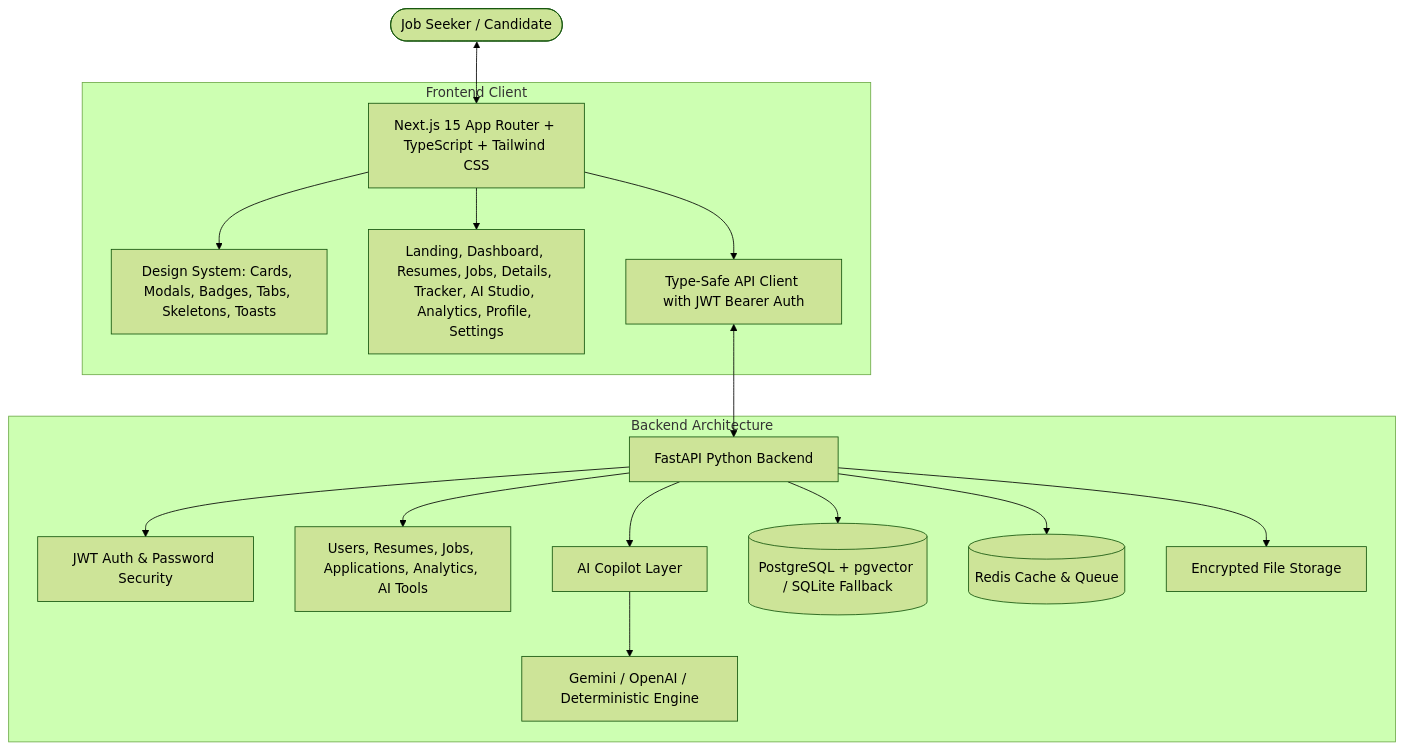
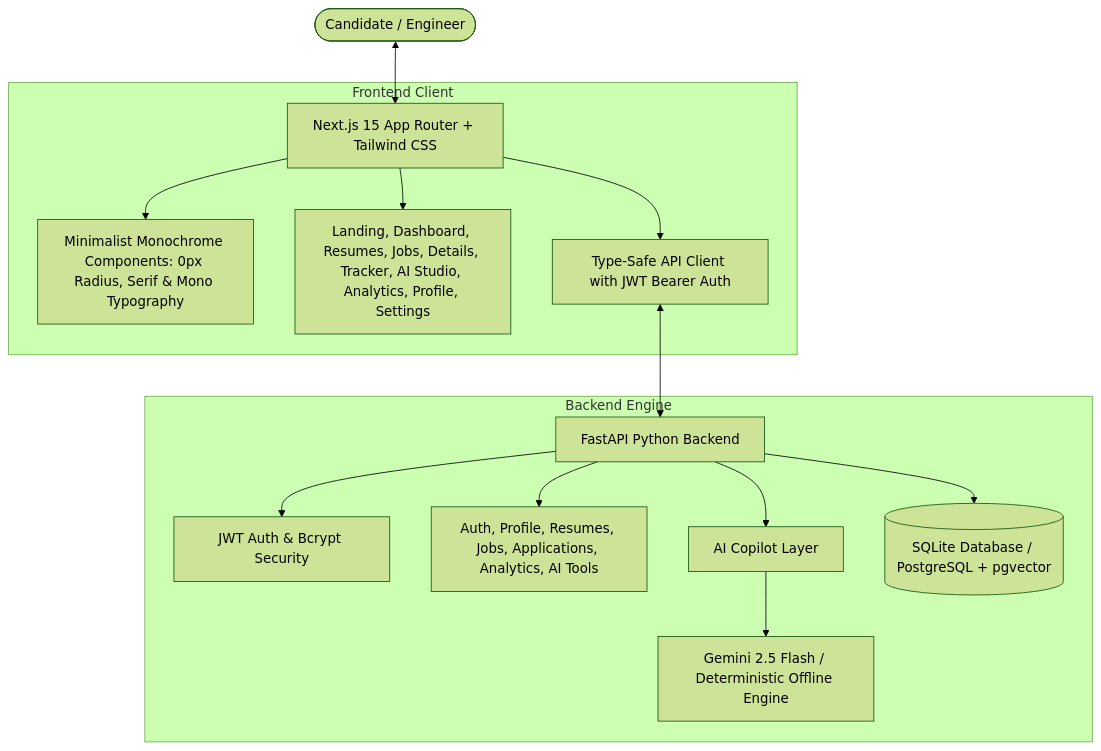
One commit to Ishant6565/Product-Ai-Career-Copilot changed the diagram in README.md. Above: the diagram before and after it, drawn with Mermaid (forest theme). The commit also changed other lines of this file and 24 other files, not shown here.

Commit message:
feat(ui): complete Minimalist Monochrome design overhaul and update documentation

````diff
--- a/README.md
+++ b/README.md
@@ -51,22 +66,20 @@
 ```mermaid
 graph TD
-    User([Job Seeker / Candidate]) <--> FE[Next.js 15 App Router + TypeScript + Tailwind CSS]
+    User([Candidate / Engineer]) <--> FE[Next.js 15 App Router + Tailwind CSS]
     
     subgraph Frontend Client
-        FE --> UI[Design System: Cards, Modals, Badges, Tabs, Skeletons, Toasts]
+        FE --> UI[Minimalist Monochrome Components: 0px Radius, Serif & Mono Typography]
         FE --> CorePages[Landing, Dashboard, Resumes, Jobs, Details, Tracker, AI Studio, Analytics, Profile, Settings]
         FE --> ApiClient[Type-Safe API Client with JWT Bearer Auth]
     end
     
     ApiClient <--> BE[FastAPI Python Backend]
     
-    subgraph Backend Architecture
-        BE --> Auth[JWT Auth & Password Security]
-        BE --> Routers[Users, Resumes, Jobs, Applications, Analytics, AI Tools]
+    subgraph Backend Engine
+        BE --> Auth[JWT Auth & Bcrypt Security]
+        BE --> Routers[Auth, Profile, Resumes, Jobs, Applications, Analytics, AI Tools]
         BE --> AIService[AI Copilot Layer]
-        AIService --> LLMAdapter[Gemini / OpenAI / Deterministic Engine]
-        BE --> DB[(PostgreSQL + pgvector / SQLite Fallback)]
-        BE --> RedisCache[(Redis Cache & Queue)]
-        BE --> LocalStorage[Encrypted File Storage]
+        AIService --> LLMAdapter[Gemini 2.5 Flash / Deterministic Offline Engine]
+        BE --> DB[(SQLite Database / PostgreSQL + pgvector)]
     end
 ```
````
